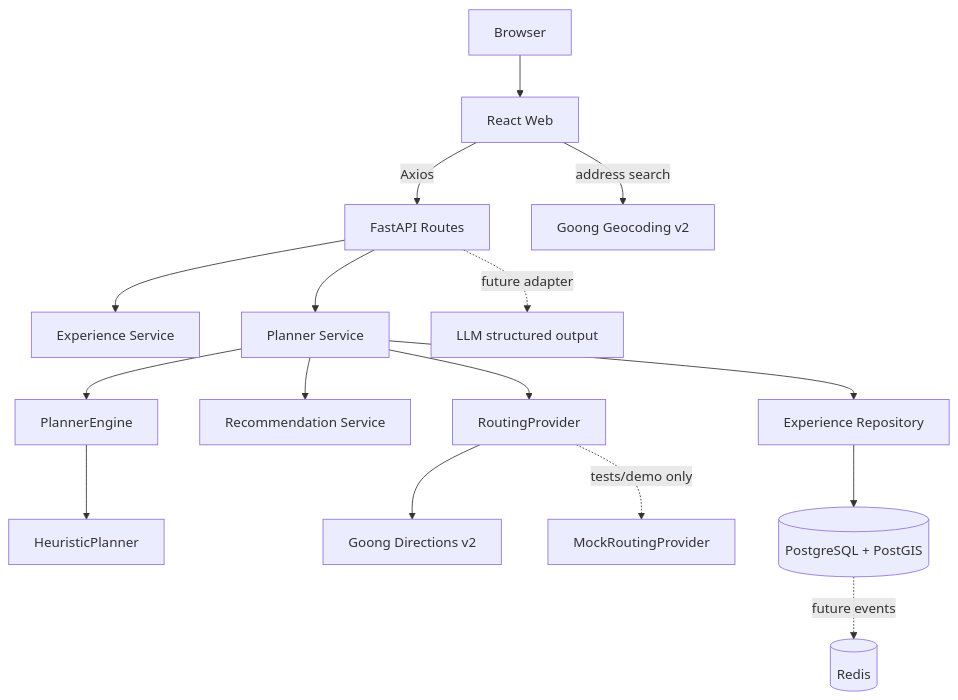
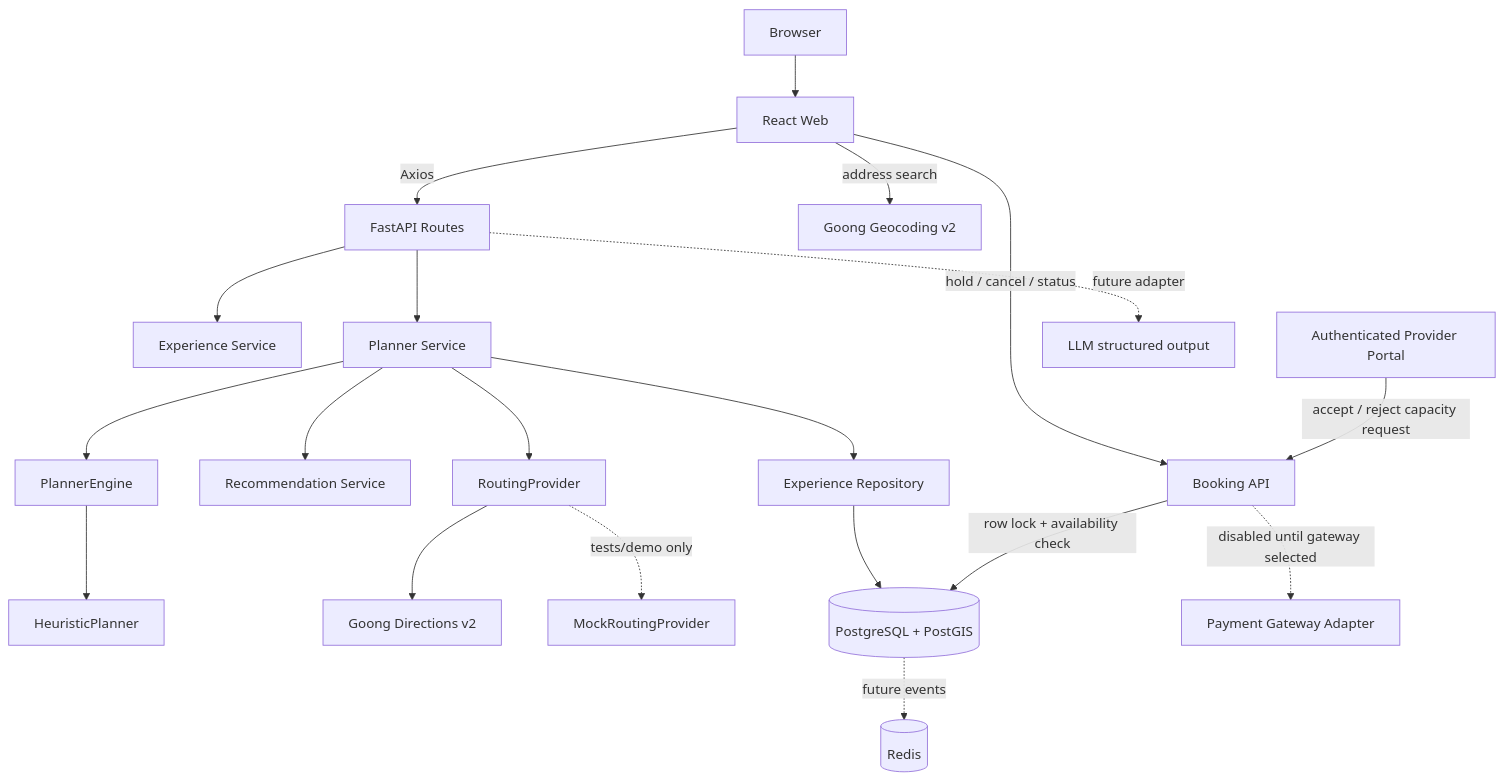
The diagram in docs/architecture.md (NguyenTriBaoThang/LoaclExplorerAI), drawn with Mermaid before and after one commit. The commit also changed 17 other files, not shown here.

Commit message:
feat(bookings): implement seat holds, provider confirmation, and payment boundaries

````diff
--- a/docs/architecture.md
+++ b/docs/architecture.md
@@ -15,19 +15,23 @@
 ```mermaid
 flowchart TD
     Browser --> Web[React Web]
     Web -->|Axios| Routes[FastAPI Routes]
     Routes --> ES[Experience Service]
     Routes --> PS[Planner Service]
     PS --> Repo[Experience Repository]
     PS --> Reco[Recommendation Service]
     PS --> Engine[PlannerEngine]
     Engine --> Heuristic[HeuristicPlanner]
     PS --> Routing[RoutingProvider]
     Routing --> Goong[Goong Directions v2]
     Geocoding[Goong Geocoding v2]
     Web -->|address search| Geocoding
     Routing -. tests/demo only .-> Mock[MockRoutingProvider]
     Repo --> Postgres[(PostgreSQL + PostGIS)]
+    Web -->|hold / cancel / status| BookingAPI[Booking API]
+    BookingAPI -->|row lock + availability check| Postgres
+    ProviderUI[Authenticated Provider Portal] -->|accept / reject capacity request| BookingAPI
+    BookingAPI -. disabled until gateway selected .-> PaymentGateway[Payment Gateway Adapter]
     Routes -. future adapter .-> LLM[LLM structured output]
     Postgres -. future events .-> Redis[(Redis)]
 ```
````
